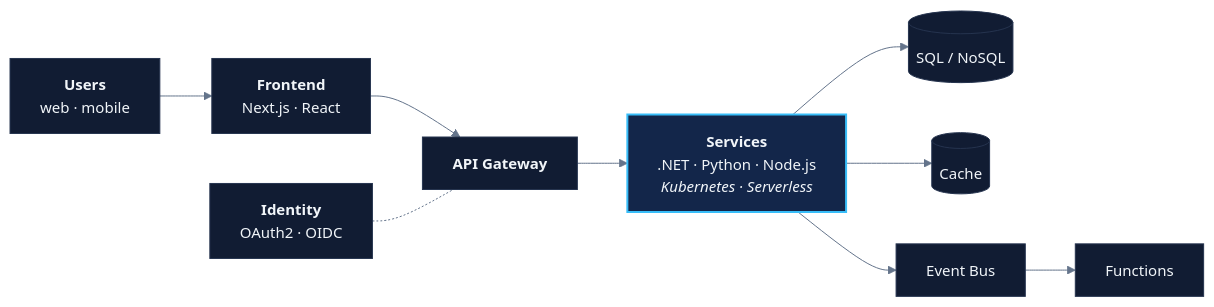
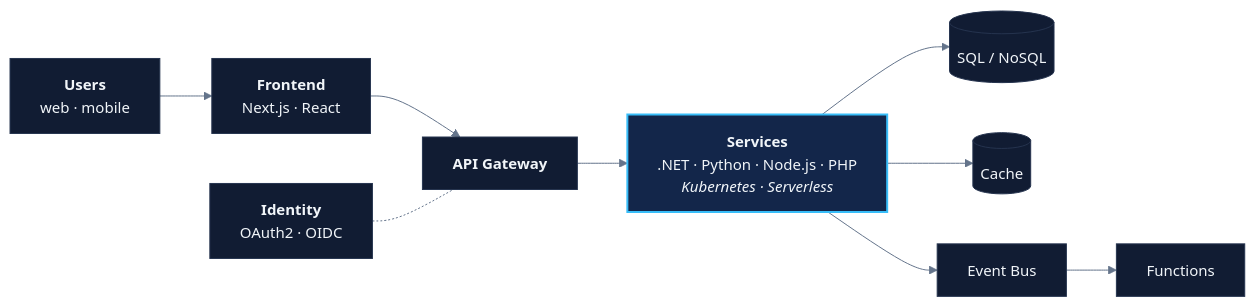
One commit to stuff-builder/stuff-builder changed the third of 3 diagrams in README.md. Above: the diagram before and after it, drawn with Mermaid. The commit also changed other lines of this file, not shown here.

````diff
--- a/README.md
+++ b/README.md
@@ -132,14 +146,14 @@
 ```mermaid
 %%{init: {'theme':'base','themeVariables':{'fontFamily':'Segoe UI, Helvetica, Arial, sans-serif','fontSize':'15px','primaryColor':'#111C33','primaryTextColor':'#F1F5F9','primaryBorderColor':'#38BDF8','lineColor':'#64748B','secondaryColor':'#13264A','tertiaryColor':'#0B1220','clusterBkg':'#0F1A30','clusterBorder':'#38BDF8','edgeLabelBackground':'#0B1220'}}}%%
 flowchart LR
     U["<b>Users</b><br/>web · mobile"] --> FE["<b>Frontend</b><br/>Next.js · React"] --> GW["<b>API Gateway</b>"]
     ID["<b>Identity</b><br/>OAuth2 · OIDC"] -.- GW
-    GW --> SVC["<b>Services</b><br/>.NET · Python · Node.js<br/><i>Kubernetes · Serverless</i>"]
+    GW --> SVC["<b>Services</b><br/>.NET · Python · Node.js · PHP<br/><i>Kubernetes · Serverless</i>"]
     SVC --> DB[("SQL / NoSQL")]
     SVC --> CA[("Cache")]
     SVC --> MQ["Event Bus"] --> FN["Functions"]
     classDef s fill:#111C33,stroke:#26344F,color:#F1F5F9
     class U,FE,GW,ID,DB,CA,MQ,FN s
     classDef k fill:#13264A,stroke:#38BDF8,color:#F1F5F9,stroke-width:2px
     class SVC k
 ```
````
